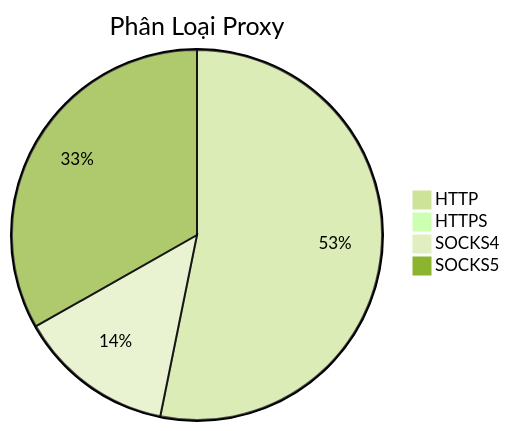
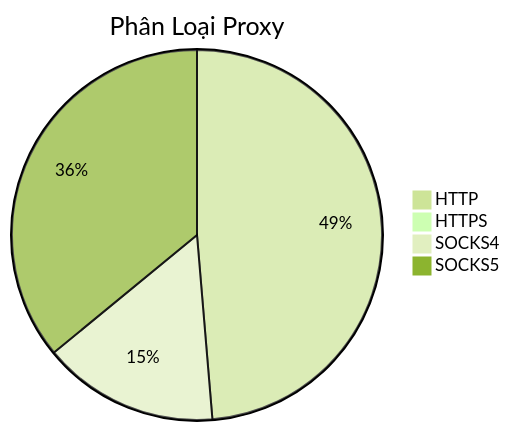
The diagram in README.md (Ciara-Aa/PROXY-free), drawn with Mermaid (forest theme) before and after one commit. The commit also changed other lines of this file and 4 other files, not shown here.

````diff
--- a/README.md
+++ b/README.md
@@ -26,7 +26,7 @@
 ```mermaid
 pie title Phân Loại Proxy
-    "HTTP" : 418
-    "HTTPS" : 4
-    "SOCKS4" : 107
-    "SOCKS5" : 261
+    "HTTP" : 348
+    "HTTPS" : 1
+    "SOCKS4" : 110
+    "SOCKS5" : 257
 ```
````
